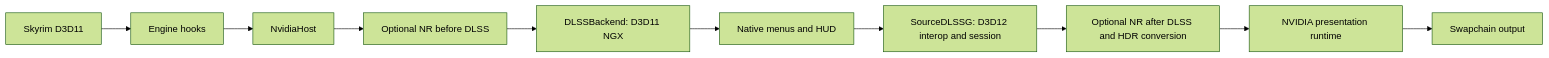
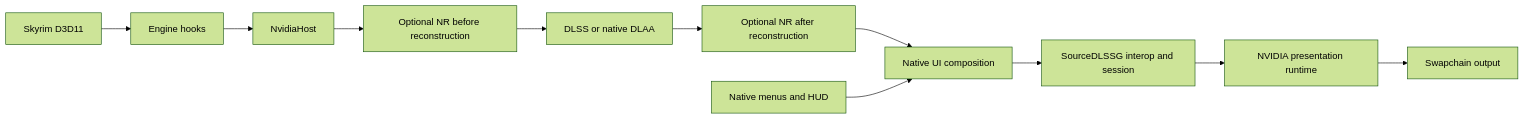
One commit to theosw/theosrenderpipeline changed the diagram in docs/ARCHITECTURE.md. Above: the diagram before and after it, drawn with Mermaid (forest theme). The commit also changed other lines of this file and 9 other files, not shown here.

Commit message:
docs: preserve project workflows and refresh architecture

````diff
--- a/docs/ARCHITECTURE.md
+++ b/docs/ARCHITECTURE.md
@@ -7,12 +13,13 @@
 ```mermaid
 flowchart LR
     Game[Skyrim D3D11] --> Hooks[Engine hooks]
     Hooks --> Host[NvidiaHost]
-    Host --> NR[Optional NR before DLSS]
-    NR --> DLSS[DLSSBackend: D3D11 NGX]
-    DLSS --> UI[Native menus and HUD]
-    UI --> Backend[SourceDLSSG: D3D12 interop and session]
-    Backend --> Late[Optional NR after DLSS and HDR conversion]
-    Late --> Runtime[NVIDIA presentation runtime]
+    Host --> Before[Optional NR before reconstruction]
+    Before --> DLSS[DLSS or native DLAA]
+    DLSS --> After[Optional NR after reconstruction]
+    After --> Compose[Native UI composition]
+    UI[Native menus and HUD] --> Compose
+    Compose --> Backend[SourceDLSSG interop and session]
+    Backend --> Runtime[NVIDIA presentation runtime]
     Runtime --> Display[Swapchain output]
 ```
````
